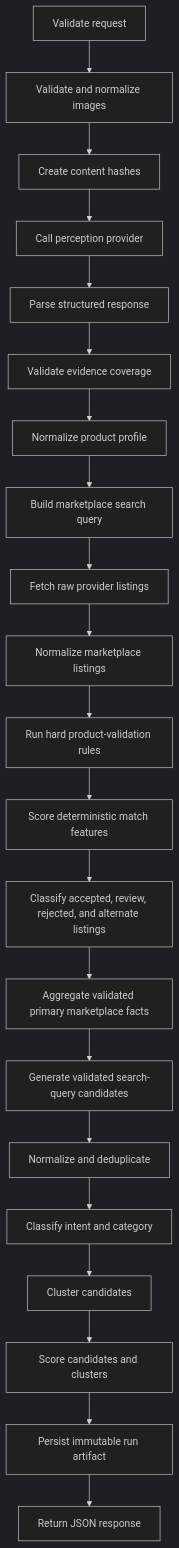
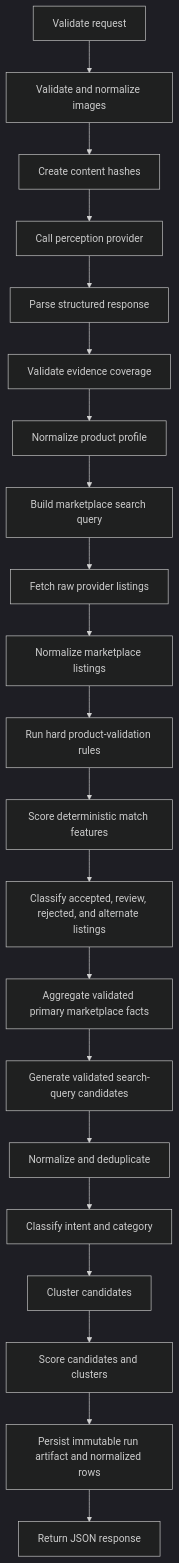
Before and after one commit to ChiefSZ13/digitalmarketingagent: the second of 2 diagrams in docs/architecture.md, drawn with Mermaid (dark theme). The commit also changed other lines of this file and 42 other files, not shown here.

````diff
--- a/docs/architecture.md
+++ b/docs/architecture.md
@@ -22,23 +24,23 @@
 ```mermaid
 flowchart TD
   A["Validate request"] --> B["Validate and normalize images"]
   B --> C["Create content hashes"]
   C --> D["Call perception provider"]
   D --> E["Parse structured response"]
   E --> F["Validate evidence coverage"]
   F --> G["Normalize product profile"]
   G --> H["Build marketplace search query"]
   H --> I["Fetch raw provider listings"]
   I --> J["Normalize marketplace listings"]
   J --> K["Run hard product-validation rules"]
   K --> L["Score deterministic match features"]
   L --> M["Classify accepted, review, rejected, and alternate listings"]
   M --> N["Aggregate validated primary marketplace facts"]
   N --> O["Generate validated search-query candidates"]
   O --> P["Normalize and deduplicate"]
   P --> Q["Classify intent and category"]
   Q --> R["Cluster candidates"]
   R --> S["Score candidates and clusters"]
-  S --> T["Persist immutable run artifact"]
+  S --> T["Persist immutable run artifact and normalized rows"]
   T --> U["Return JSON response"]
 ```
````
